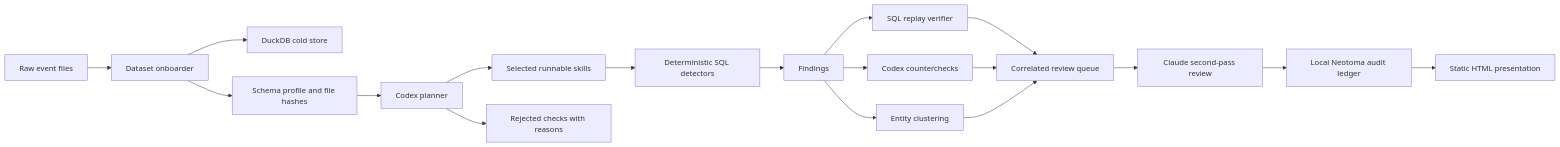
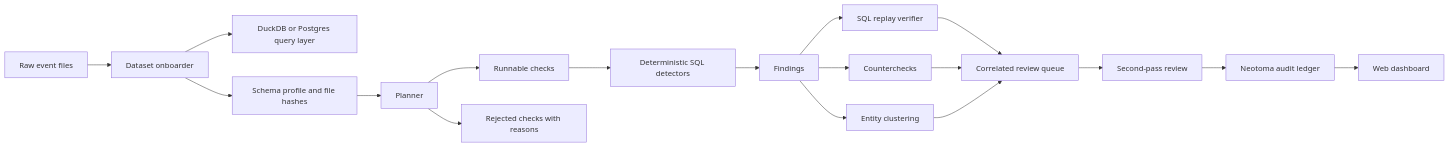
Before and after one commit to Lemonbrand/agency-2026-claw: the first of 3 diagrams in README.md, drawn with Mermaid. The commit also changed other lines of this file, not shown here.

````diff
--- a/README.md
+++ b/README.md
@@ -63,20 +40,20 @@
 ```mermaid
 flowchart LR
     A[Raw event files] --> B[Dataset onboarder]
-    B --> C[DuckDB cold store]
+    B --> C[DuckDB or Postgres query layer]
     B --> D[Schema profile and file hashes]
-    D --> E[Codex planner]
-    E --> F[Selected runnable skills]
+    D --> E[Planner]
+    E --> F[Runnable checks]
     E --> G[Rejected checks with reasons]
     F --> H[Deterministic SQL detectors]
     H --> I[Findings]
     I --> J[SQL replay verifier]
-    I --> K[Codex counterchecks]
+    I --> K[Counterchecks]
     I --> L[Entity clustering]
     J --> M[Correlated review queue]
     K --> M
     L --> M
-    M --> N[Claude second-pass review]
-    N --> O[Local Neotoma audit ledger]
-    O --> P[Static HTML presentation]
+    M --> N[Second-pass review]
+    N --> O[Neotoma audit ledger]
+    O --> P[Web dashboard]
 ```
````
